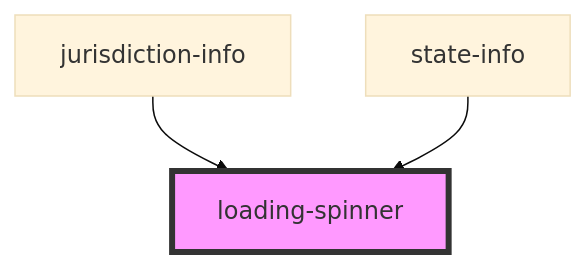
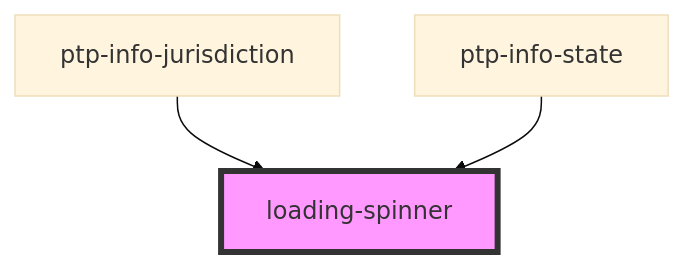
One commit to pizza-to-the-polls/power-the-polls changed the diagram in power-the-polls-form/src/components/loading-spinner/readme.md. Above: the diagram before and after it, drawn with Mermaid (base theme). The commit also changed other lines of this file and 28 other files, not shown here.

Commit message:
refactoring to try to consolidate things around state and jurisdiction info

````diff
--- a/power-the-polls-form/src/components/loading-spinner/readme.md
+++ b/power-the-polls-form/src/components/loading-spinner/readme.md
@@ -23,6 +23,6 @@
 ```mermaid
 graph TD;
-  jurisdiction-info --> loading-spinner
-  state-info --> loading-spinner
+  ptp-info-jurisdiction --> loading-spinner
+  ptp-info-state --> loading-spinner
   style loading-spinner fill:#f9f,stroke:#333,stroke-width:4px
 ```
````
